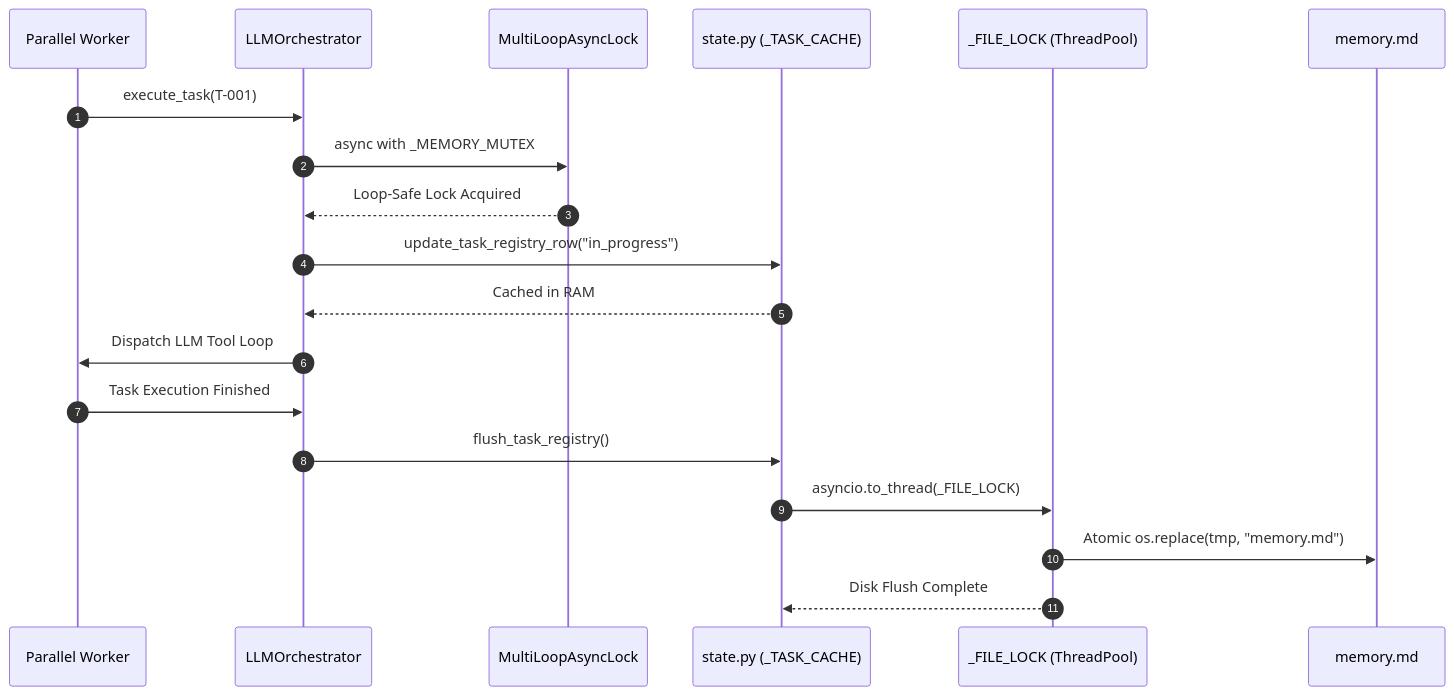
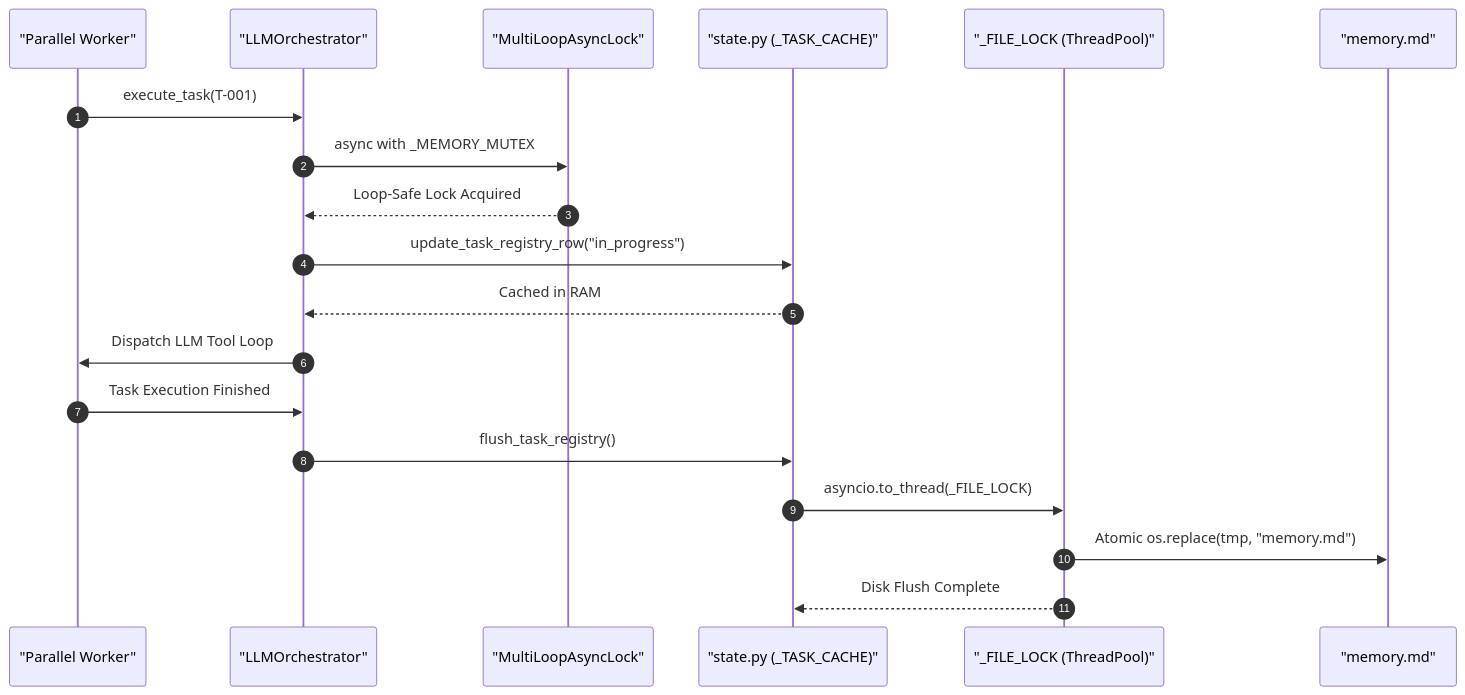
Before and after one commit to emmanuelol/yani-engine: the fourth of 4 diagrams in README.md, drawn with Mermaid. The commit also changed other lines of this file and 2 other files, not shown here.

Commit message:
docs: Fix Mermaid syntax quoting and clarify yani-skill as Lite edition

````diff
--- a/README.md
+++ b/README.md
@@ -178,22 +190,22 @@
 ```mermaid
 sequenceDiagram
     autonumber
-    participant Worker as Parallel Worker
-    participant Orchestrator as LLMOrchestrator
-    participant MultiLoopLock as MultiLoopAsyncLock
-    participant State as state.py (_TASK_CACHE)
-    participant FileLock as _FILE_LOCK (ThreadPool)
-    participant Memory as memory.md
+    participant Worker as "Parallel Worker"
+    participant Orchestrator as "LLMOrchestrator"
+    participant MultiLoopLock as "MultiLoopAsyncLock"
+    participant State as "state.py (_TASK_CACHE)"
+    participant FileLock as "_FILE_LOCK (ThreadPool)"
+    participant Memory as "memory.md"
 
     Worker->>Orchestrator: execute_task(T-001)
     Orchestrator->>MultiLoopLock: async with _MEMORY_MUTEX
     MultiLoopLock-->>Orchestrator: Loop-Safe Lock Acquired
     Orchestrator->>State: update_task_registry_row("in_progress")
     State-->>Orchestrator: Cached in RAM
     Orchestrator->>Worker: Dispatch LLM Tool Loop
     Worker->>Orchestrator: Task Execution Finished
     Orchestrator->>State: flush_task_registry()
     State->>FileLock: asyncio.to_thread(_FILE_LOCK)
     FileLock->>Memory: Atomic os.replace(tmp, "memory.md")
     FileLock-->>State: Disk Flush Complete
 ```
````
